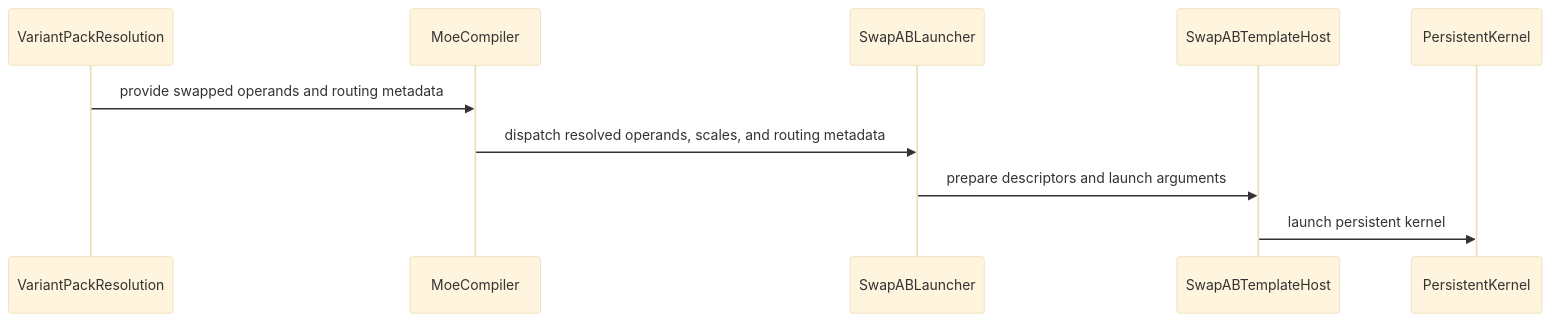
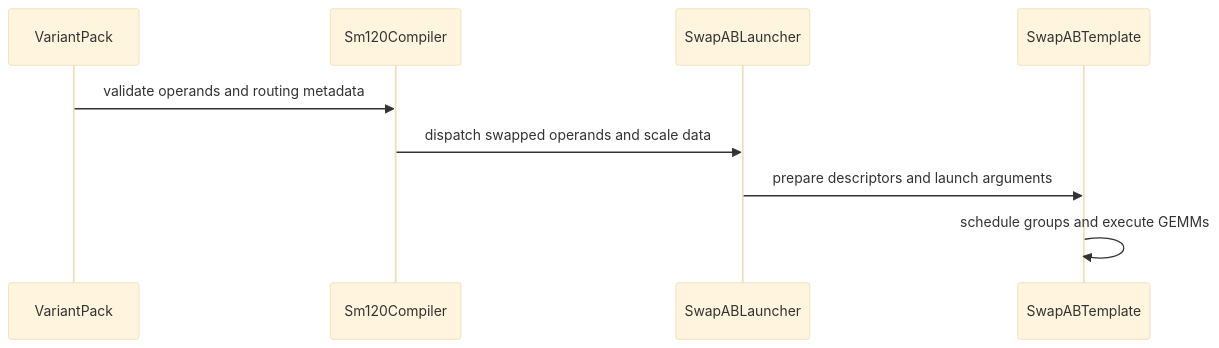
The diagram in knowledge/projects/cudnn-frontend/knowledgebase/upstream/prs/NVIDIA--cudnn-frontend/PR-1354.md (yuguo-Jack/HCU-TrainFlow), drawn with Mermaid (base theme) before and after one commit. The commit also changed other lines of this file and 19088 other files, not shown here.

````diff
--- a/knowledge/projects/cudnn-frontend/knowledgebase/upstream/prs/NVIDIA--cudnn-frontend/PR-1354.md
+++ b/knowledge/projects/cudnn-frontend/knowledgebase/upstream/prs/NVIDIA--cudnn-frontend/PR-1354.md
@@ -380,12 +813,11 @@
 ```mermaid
 sequenceDiagram
-  participant VariantPackResolution
-  participant MoeCompiler
+  participant VariantPack
+  participant Sm120Compiler
   participant SwapABLauncher
-  participant SwapABTemplateHost
-  participant PersistentKernel
-  VariantPackResolution->>MoeCompiler: provide swapped operands and routing metadata
-  MoeCompiler->>SwapABLauncher: dispatch resolved operands, scales, and routing metadata
-  SwapABLauncher->>SwapABTemplateHost: prepare descriptors and launch arguments
-  SwapABTemplateHost->>PersistentKernel: launch persistent kernel
+  participant SwapABTemplate
+  VariantPack->>Sm120Compiler: validate operands and routing metadata
+  Sm120Compiler->>SwapABLauncher: dispatch swapped operands and scale data
+  SwapABLauncher->>SwapABTemplate: prepare descriptors and launch arguments
+  SwapABTemplate->>SwapABTemplate: schedule groups and execute GEMMs
 ```
````
